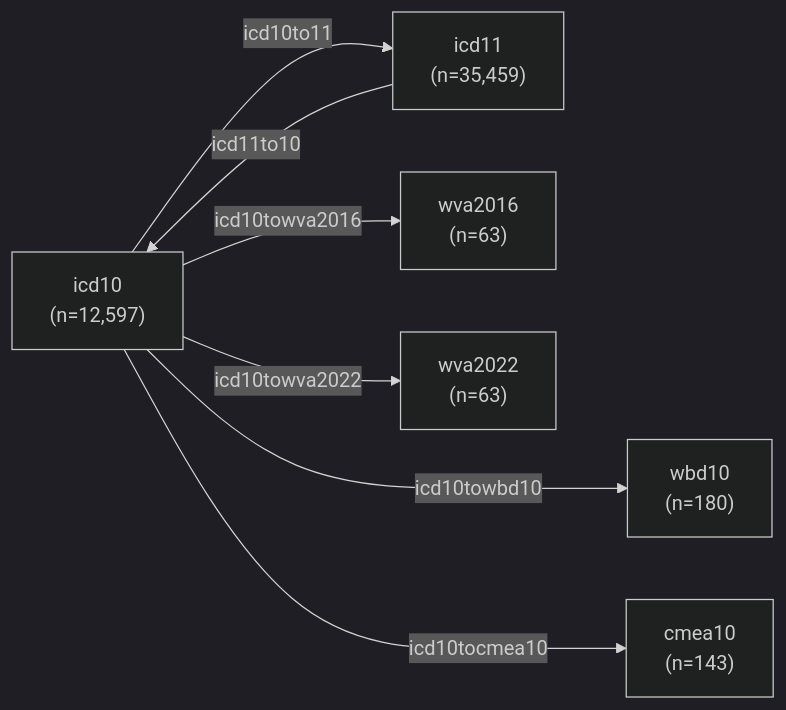
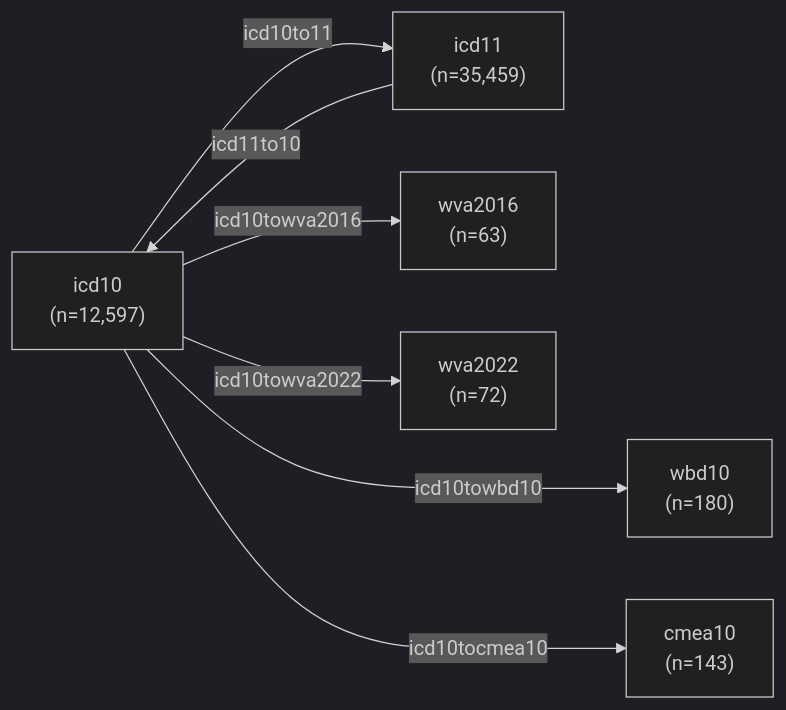
The diagram in data/README.md (cghr-toronto/icd), drawn with Mermaid (dark theme) before and after one commit.

Commit message:
Update wva2022 code count

````diff
--- a/data/README.md
+++ b/data/README.md
@@ -10,17 +10,17 @@
 ```mermaid
 flowchart LR;
 
 cmea10["cmea10<br>(n=143)"]
 wbd10["wbd10<br>(n=180)"]
 icd10["icd10<br>(n=12,597)"]
 icd11["icd11<br>(n=35,459)"]
 wva2016["wva2016<br>(n=63)"]
-wva2022["wva2022<br>(n=63)"]
+wva2022["wva2022<br>(n=72)"]
 
 icd10 --> |icd10to11| icd11
 icd11 --> |icd11to10| icd10
 icd10 ---> |icd10towbd10| wbd10
 icd10 ---> |icd10tocmea10| cmea10
 icd10 --> |icd10towva2016| wva2016
 icd10 --> |icd10towva2022| wva2022
 ```
````
